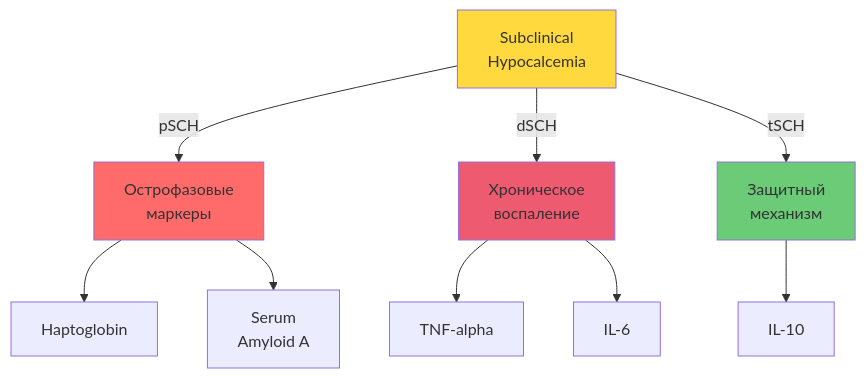
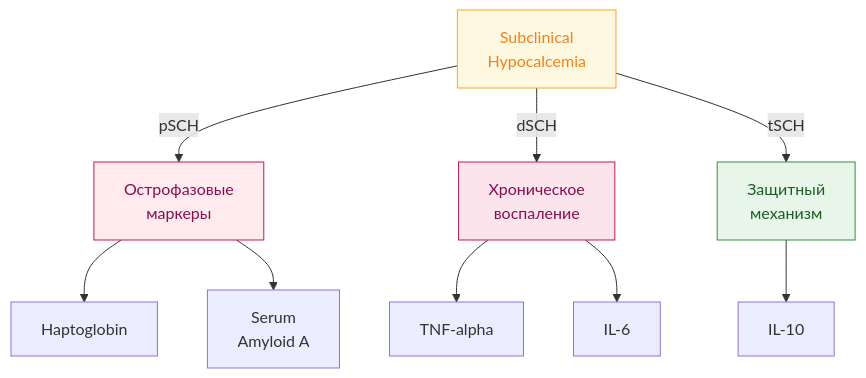
The third of 6 diagrams in pack/cattle-science/02-domain-entities/03-interpretations/02B10-entity-graph.md (StanisSerg/PACK-cattle-science), drawn with Mermaid before and after one commit. The commit also changed other lines of this file and 1 other file, not shown here.

First line of the commit message:
WP-75: Update graph colors to lighter pastel palette

````diff
--- a/pack/cattle-science/02-domain-entities/03-interpretations/02B10-entity-graph.md
+++ b/pack/cattle-science/02-domain-entities/03-interpretations/02B10-entity-graph.md
@@ -95,21 +95,21 @@
 ```mermaid
 graph TB
     SCH[Subclinical<br/>Hypocalcemia]
     
     SCH -->|pSCH| ACUTE[Острофазовые<br/>маркеры]
     SCH -->|dSCH| CHRONIC[Хроническое<br/>воспаление]
     SCH -->|tSCH| PROTECT[Защитный<br/>механизм]
     
     ACUTE --> Hp[Haptoglobin]
     ACUTE --> SAA[Serum<br/>Amyloid A]
     
     CHRONIC --> TNF[TNF-alpha]
     CHRONIC --> IL6[IL-6]
     
     PROTECT --> IL10[IL-10]
     
-    style SCH fill:#ffd93d
-    style ACUTE fill:#ff6b6b
-    style CHRONIC fill:#ee5a6f
-    style PROTECT fill:#6bcb77
+    style SCH fill:#fff8e1,stroke:#f9a825,color:#f57f17
+    style ACUTE fill:#ffebee,stroke:#c2185b,color:#880e4f
+    style CHRONIC fill:#fce4ec,stroke:#c2185b,color:#880e4f
+    style PROTECT fill:#e8f5e9,stroke:#388e3c,color:#1b5e20
 ```
````
